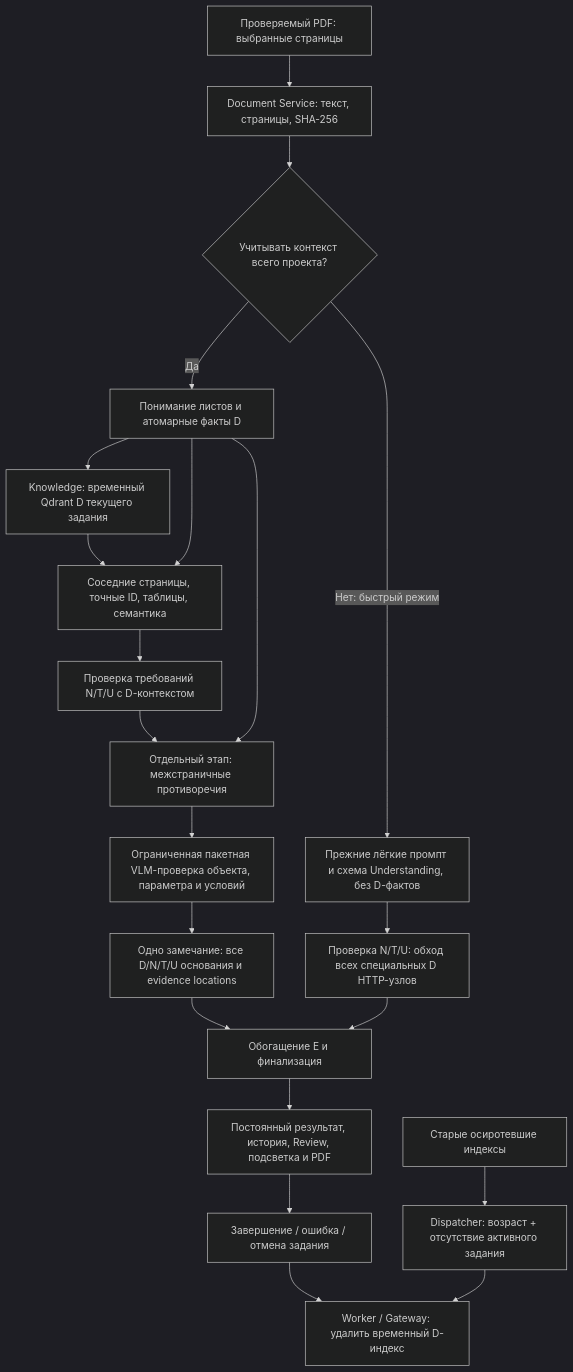
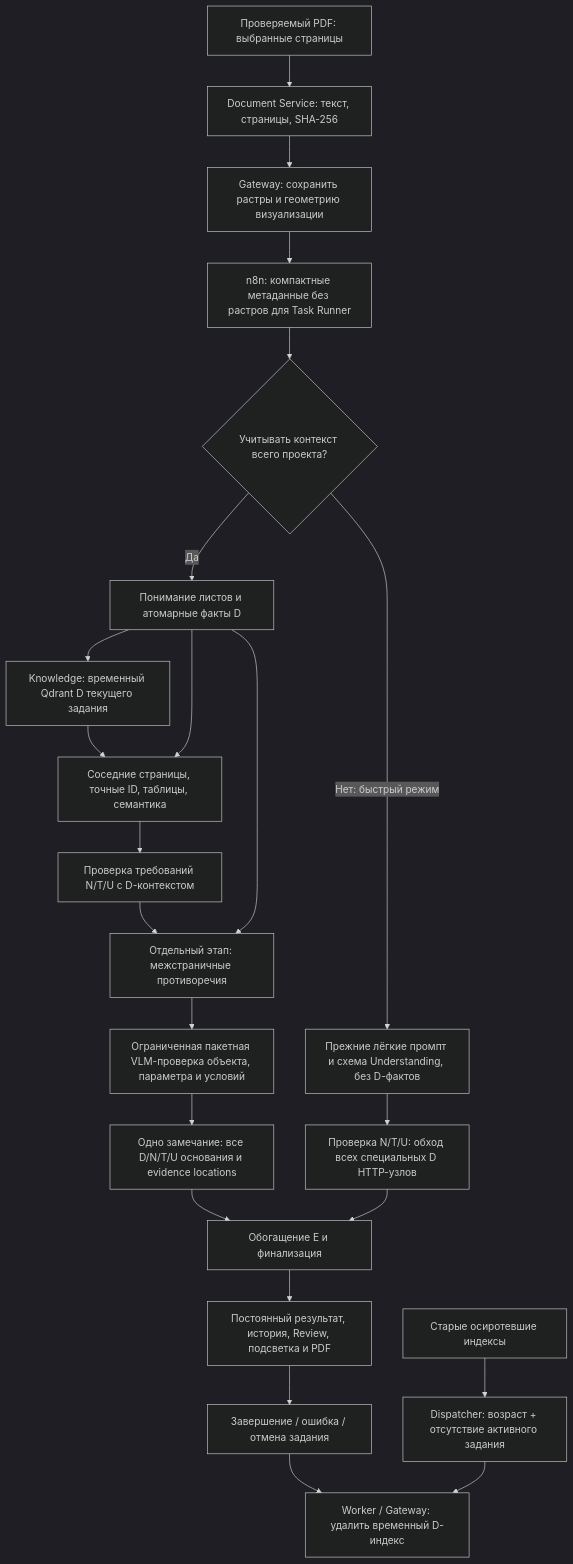
One commit to Amadu-A/PDRD-validation changed the fifth of 32 diagrams in README.md. Above: the diagram before and after it, drawn with Mermaid (dark theme). The commit also changed other lines of this file and 13 other files, not shown here.

Commit message:
fix: keep PDF runner payloads compact

````diff
--- a/README.md
+++ b/README.md
@@ -283,23 +283,25 @@
 ```mermaid
 flowchart TD
     PDF["Проверяемый PDF: выбранные страницы"] --> EXTRACT["Document Service: текст, страницы, SHA-256"]
-    EXTRACT --> MODE{"Учитывать контекст всего проекта?"}
+    EXTRACT --> ARTIFACT["Gateway: сохранить растры и геометрию визуализации"]
+    ARTIFACT --> COMPACT["n8n: компактные метаданные без растров для Task Runner"]
+    COMPACT --> MODE{"Учитывать контекст всего проекта?"}
     MODE -->|Нет: быстрый режим| LIGHT["Прежние лёгкие промпт и схема Understanding, без D-фактов"]
     LIGHT --> LOCAL["Проверка N/T/U: обход всех специальных D HTTP-узлов"]
     MODE -->|Да| UNDERSTAND["Понимание листов и атомарные факты D"]
     UNDERSTAND --> INDEX["Knowledge: временный Qdrant D текущего задания"]
     INDEX --> SEARCH["Соседние страницы, точные ID, таблицы, семантика"]
     UNDERSTAND --> SEARCH
     SEARCH --> PAGECHECK["Проверка требований N/T/U с D-контекстом"]
     PAGECHECK --> CROSS["Отдельный этап: межстраничные противоречия"]
     UNDERSTAND --> CROSS
     CROSS --> VALIDATE["Ограниченная пакетная VLM-проверка объекта, параметра и условий"]
     VALIDATE --> GROUP["Одно замечание: все D/N/T/U основания и evidence locations"]
     GROUP --> FINAL["Обогащение E и финализация"]
     LOCAL --> FINAL
     FINAL --> SAVE["Постоянный результат, история, Review, подсветка и PDF"]
     SAVE --> END["Завершение / ошибка / отмена задания"]
     END --> CLEAN["Worker / Gateway: удалить временный D-индекс"]
     ORPHAN["Старые осиротевшие индексы"] --> SWEEP["Dispatcher: возраст + отсутствие активного задания"]
     SWEEP --> CLEAN
 ```
````
